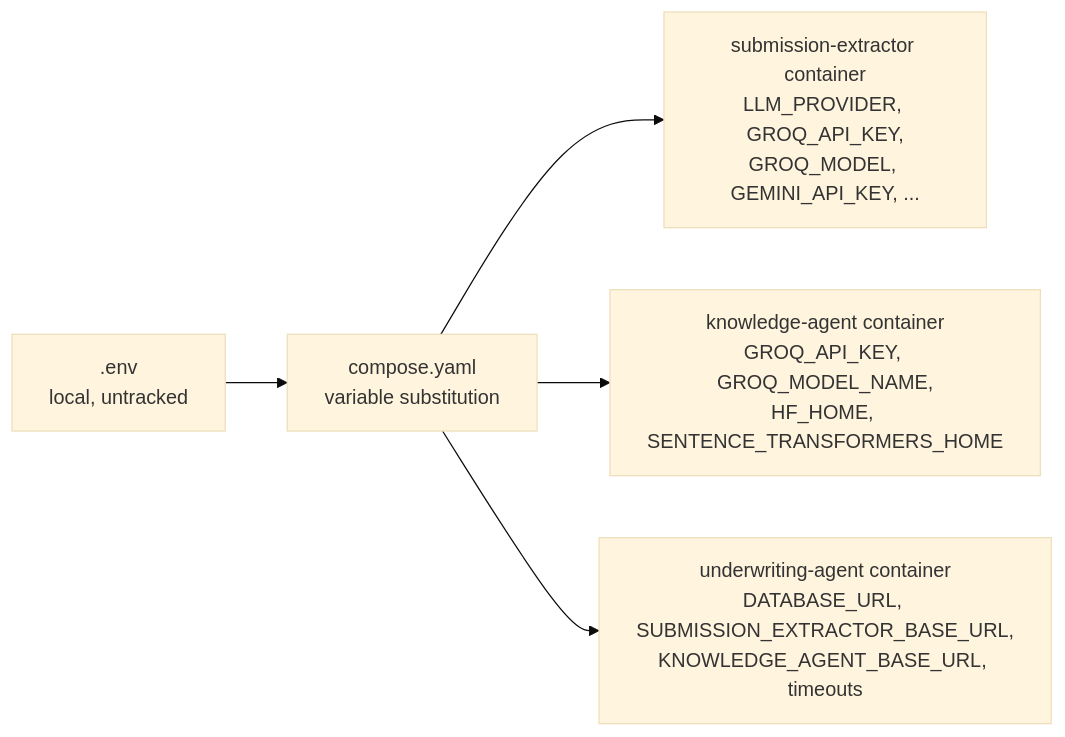
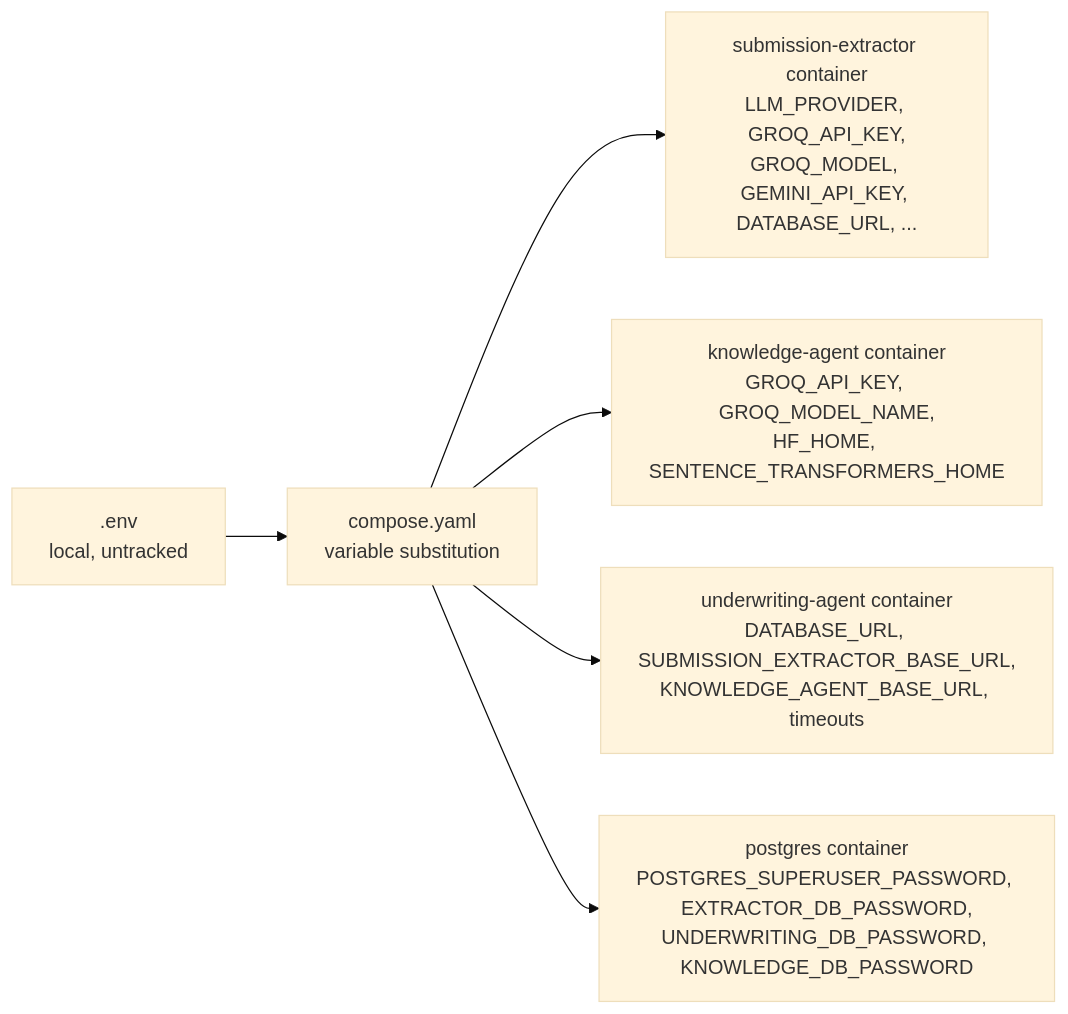
One commit to Kwame-K/insurance-agentic-platform changed the second of 3 diagrams in system-architecture_updated.md. Above: the diagram before and after it, drawn with Mermaid (base theme). The commit also changed other lines of this file, not shown here.

Commit message:
docs(platform): document PostgreSQL in architecture

````diff
--- a/system-architecture_updated.md
+++ b/system-architecture_updated.md
@@ -68,7 +82,8 @@
 ```mermaid
 flowchart LR
     A[.env<br/>local, untracked] --> B[compose.yaml<br/>variable substitution]
-    B --> C[submission-extractor container<br/>LLM_PROVIDER, GROQ_API_KEY,\nGROQ_MODEL, GEMINI_API_KEY, ...]
+    B --> C[submission-extractor container<br/>LLM_PROVIDER, GROQ_API_KEY,\nGROQ_MODEL, GEMINI_API_KEY, DATABASE_URL, ...]
     B --> D[knowledge-agent container<br/>GROQ_API_KEY, GROQ_MODEL_NAME,\nHF_HOME, SENTENCE_TRANSFORMERS_HOME]
     B --> E[underwriting-agent container<br/>DATABASE_URL, SUBMISSION_EXTRACTOR_BASE_URL,\nKNOWLEDGE_AGENT_BASE_URL, timeouts]
+    B --> F[postgres container<br/>POSTGRES_SUPERUSER_PASSWORD, EXTRACTOR_DB_PASSWORD,<br/>UNDERWRITING_DB_PASSWORD, KNOWLEDGE_DB_PASSWORD]
 ```
````
